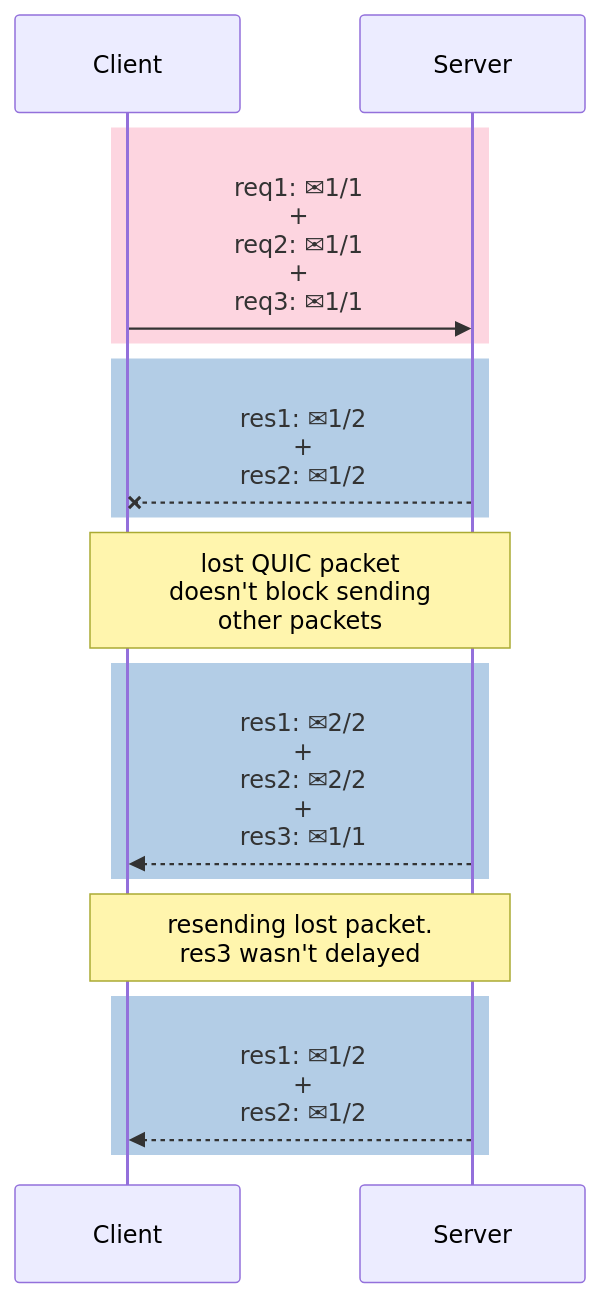
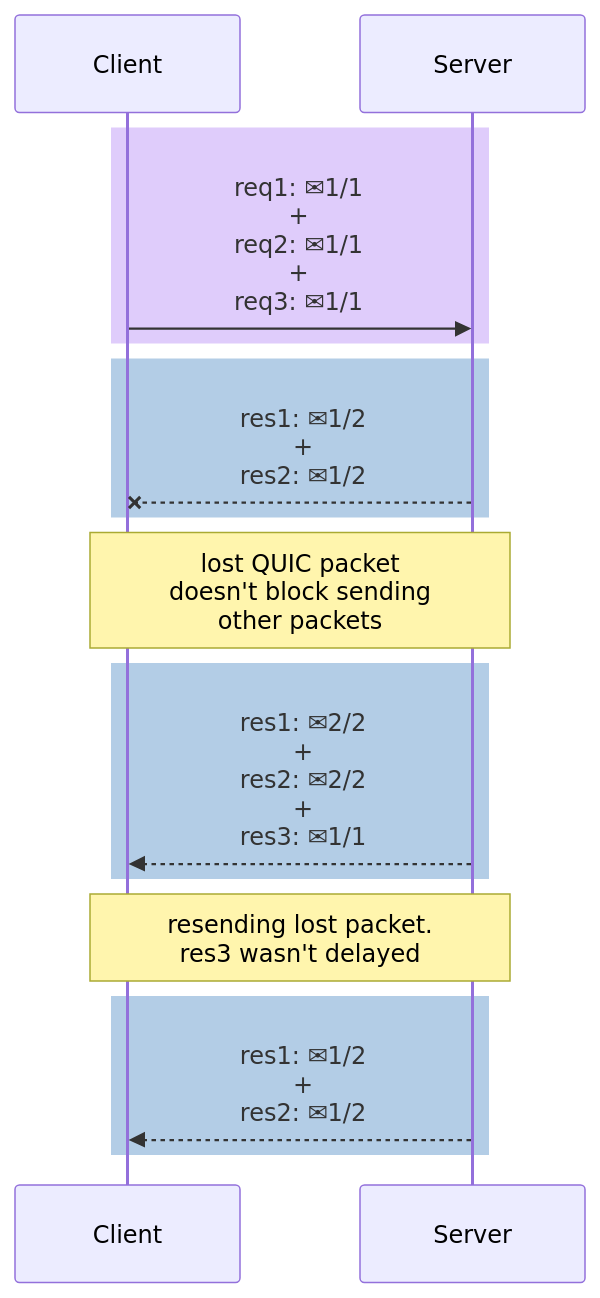
One commit to alexandrehtrb/alexandrehtrb.github.io changed the fourth of 4 diagrams in src/posts/2024/03/http2-and-http3-explained.md. Above: the diagram before and after it, drawn with Mermaid. The commit also changed other lines of this file and 1 other file, not shown here.

Commit message:
article: seq diagram colour change

````diff
--- a/src/posts/2024/03/http2-and-http3-explained.md
+++ b/src/posts/2024/03/http2-and-http3-explained.md
@@ -178,17 +178,17 @@
 ```mermaid
 sequenceDiagram
-    rect rgb(253, 213, 224)
+    rect rgb(223, 204, 251)
         Client->>Server: req1: #9993;1/1<br>+<br>req2: #9993;1/1<br>+<br>req3: #9993;1/1
     end
     rect rgb(179, 205, 230)
         Server--xClient: res1: #9993;1/2<br>+<br>res2: #9993;1/2
     end
     Note over Client,Server: lost QUIC packet<br>doesn't block sending<br>other packets
     rect rgb(179, 205, 230)
         Server-->>Client: res1: #9993;2/2<br>+<br>res2: #9993;2/2<br>+<br>res3: #9993;1/1
     end
     Note over Client,Server: resending lost packet.<br>res3 wasn't delayed
     rect rgb(179, 205, 230)
         Server-->>Client: res1: #9993;1/2<br>+<br>res2: #9993;1/2
     end
 ```
````
